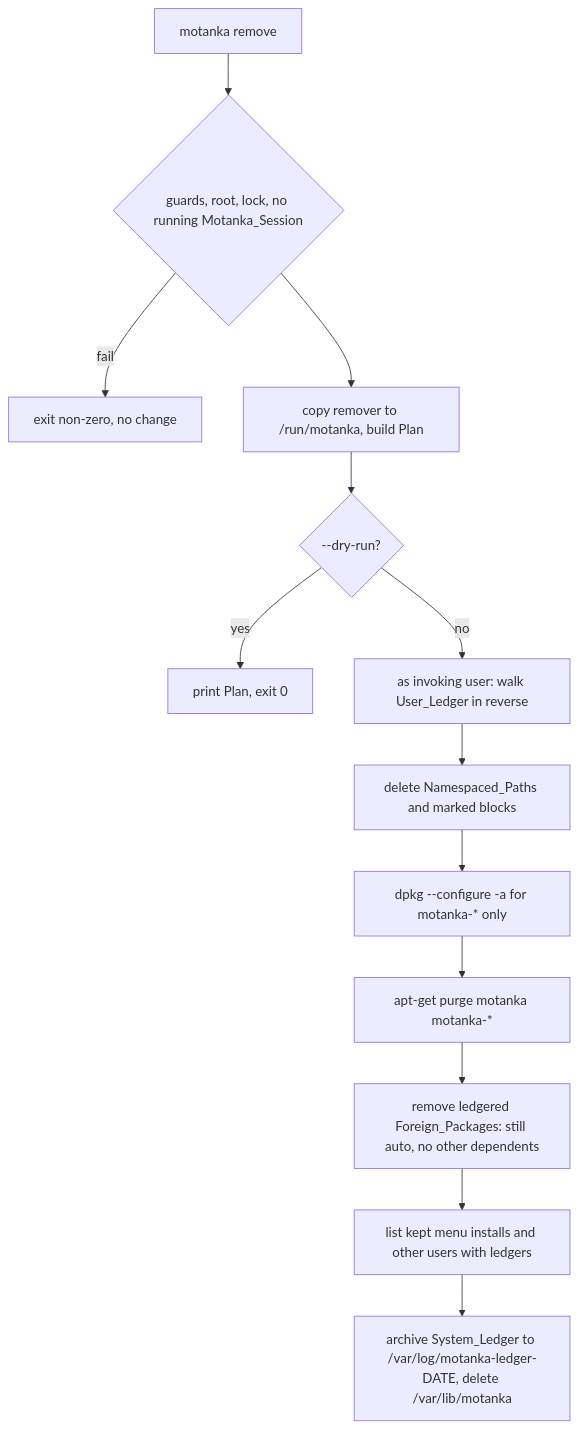
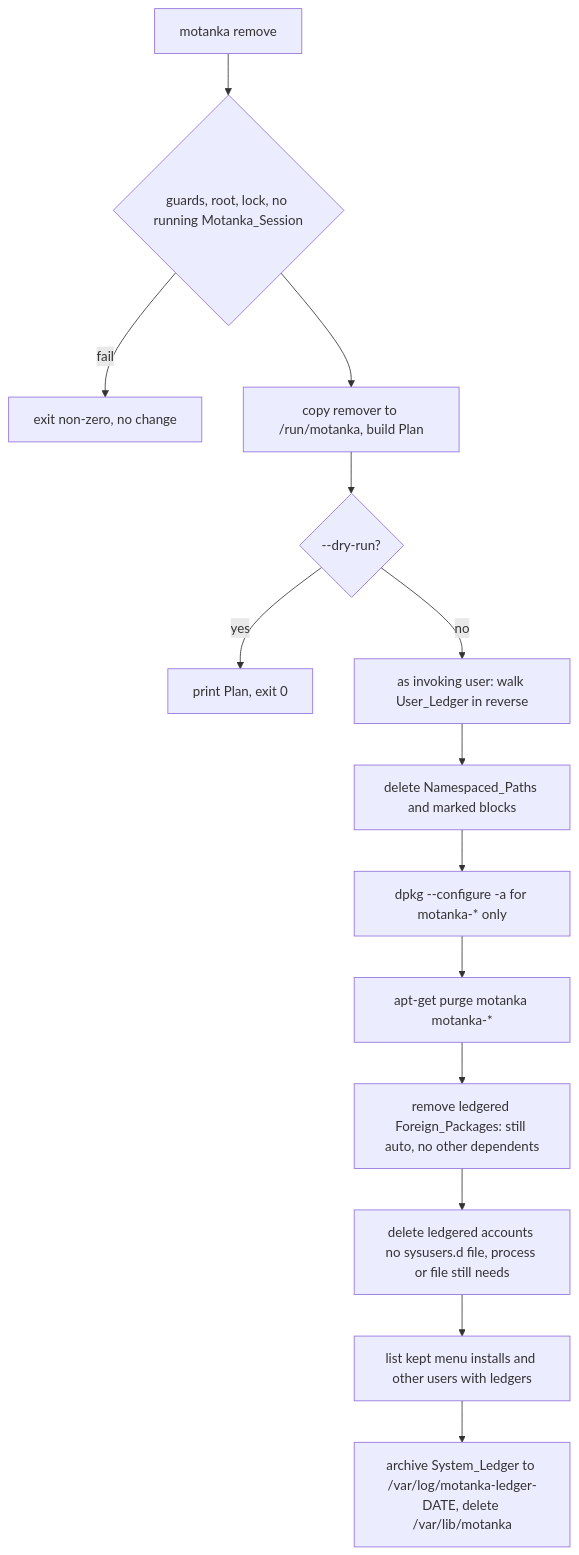
One commit to digitwolf/motanka changed the fifth of 7 diagrams in .kiro/specs/motanka-layer/design.md. Above: the diagram before and after it, drawn with Mermaid. The commit also changed other lines of this file and 7 other files, not shown here.

First line of the commit message:
feat(remove): delete the system accounts packages Motanka installed added

````diff
--- a/.kiro/specs/motanka-layer/design.md
+++ b/.kiro/specs/motanka-layer/design.md
@@ -142,15 +142,16 @@
 ```mermaid
 flowchart TD
   A[motanka remove] --> B{guards, root, lock, no running Motanka_Session}
   B -->|fail| X[exit non-zero, no change]
   B --> C[copy remover to /run/motanka, build Plan]
   C --> D{--dry-run?}
   D -->|yes| P[print Plan, exit 0]
   D -->|no| E[as invoking user: walk User_Ledger in reverse]
   E --> F[delete Namespaced_Paths and marked blocks]
   F --> G[dpkg --configure -a for motanka-* only]
   G --> H[apt-get purge motanka motanka-*]
   H --> I[remove ledgered Foreign_Packages: still auto, no other dependents]
-  I --> J[list kept menu installs and other users with ledgers]
+  I --> L[delete ledgered accounts no sysusers.d file, process or file still needs]
+  L --> J[list kept menu installs and other users with ledgers]
   J --> K[archive System_Ledger to /var/log/motanka-ledger-DATE, delete /var/lib/motanka]
 ```
````
